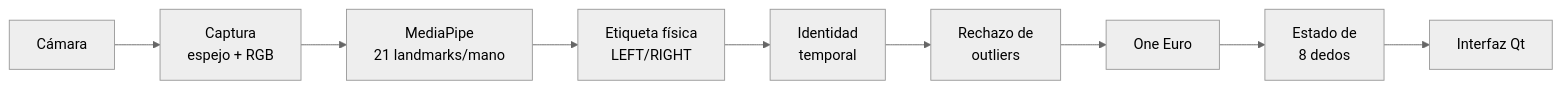
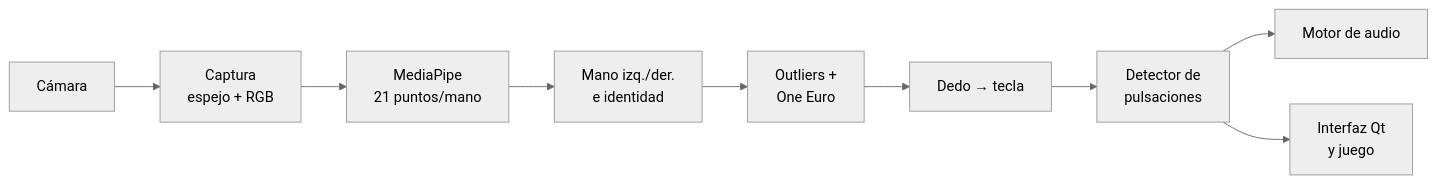
Before and after one commit to kcitas/hand-piann0: the diagram in README.md, drawn with Mermaid (neutral theme). The commit also changed other lines of this file and 91 other files, not shown here.

First line of the commit message:
Audio real, juego rítmico, piano en pantalla y mediciones de pulsaciones

````diff
--- a/README.md
+++ b/README.md
@@ -116,11 +205,11 @@
 ```mermaid
 flowchart LR
     A[Cámara] --> B[Captura<br/>espejo + RGB]
-    B --> C[MediaPipe<br/>21 landmarks/mano]
-    C --> D[Etiqueta física<br/>LEFT/RIGHT]
-    D --> E[Identidad<br/>temporal]
-    E --> F[Rechazo de<br/>outliers]
-    F --> G[One Euro]
-    G --> H[Estado de<br/>8 dedos]
-    H --> I[Interfaz Qt]
+    B --> C[MediaPipe<br/>21 puntos/mano]
+    C --> D[Mano izq./der.<br/>e identidad]
+    D --> E[Outliers +<br/>One Euro]
+    E --> F[Dedo → tecla]
+    F --> G[Detector de<br/>pulsaciones]
+    G --> H[Motor de audio]
+    G --> I[Interfaz Qt<br/>y juego]
 ```
````
